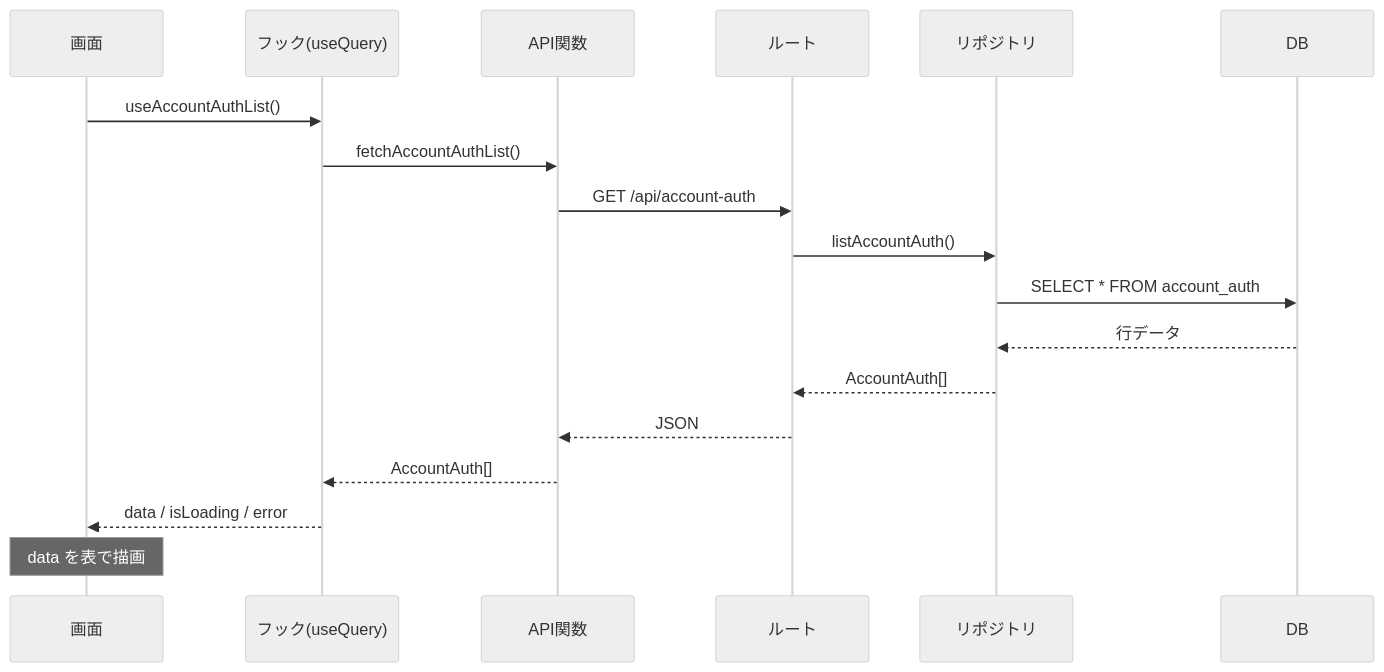
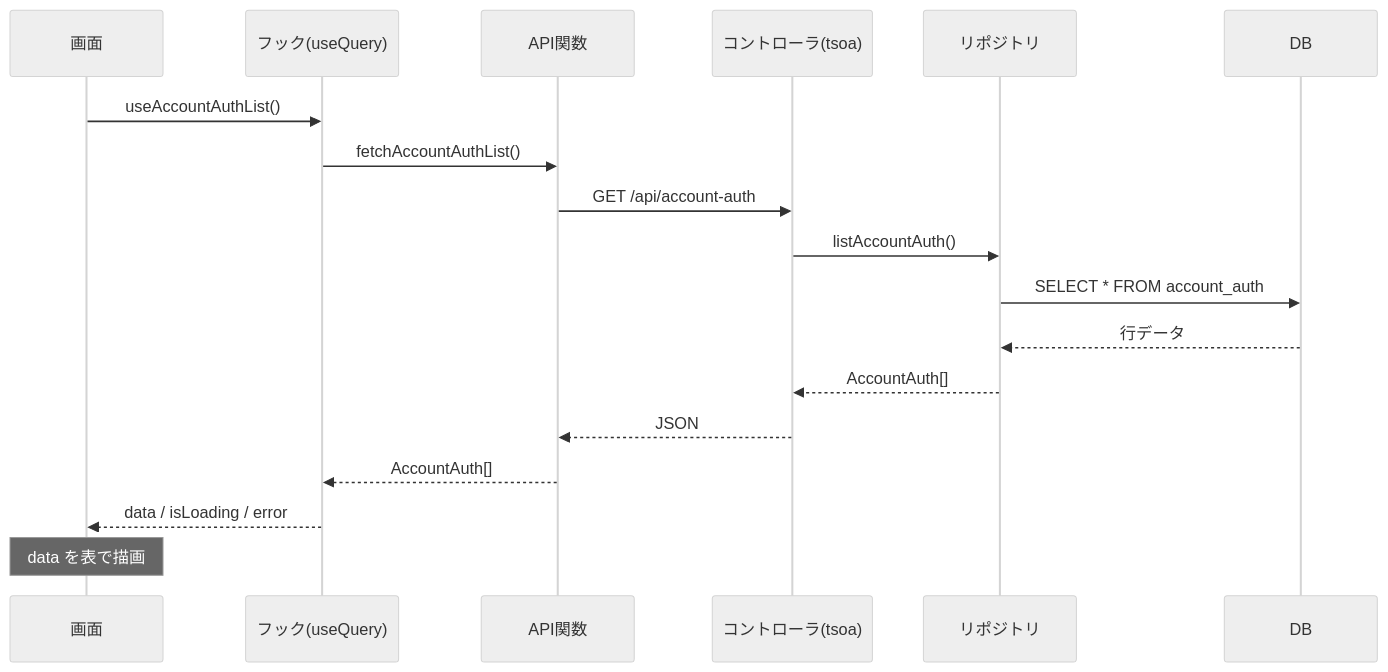
One commit to katsya1117/dmt changed the second of 2 diagrams in docs/画面実装パターン.md. Above: the diagram before and after it, drawn with Mermaid (neutral theme). The commit also changed other lines of this file and 2 other files, not shown here.

````diff
--- a/docs/画面実装パターン.md
+++ b/docs/画面実装パターン.md
@@ -55,21 +61,21 @@
 ```mermaid
 sequenceDiagram
   participant P as 画面
   participant H as フック(useQuery)
   participant A as API関数
-  participant R as ルート
+  participant C as コントローラ(tsoa)
   participant Repo as リポジトリ
   participant D as DB
 
   P->>H: useAccountAuthList()
   H->>A: fetchAccountAuthList()
-  A->>R: GET /api/account-auth
-  R->>Repo: listAccountAuth()
+  A->>C: GET /api/account-auth
+  C->>Repo: listAccountAuth()
   Repo->>D: SELECT * FROM account_auth
   D-->>Repo: 行データ
-  Repo-->>R: AccountAuth[]
-  R-->>A: JSON
+  Repo-->>C: AccountAuth[]
+  C-->>A: JSON
   A-->>H: AccountAuth[]
   H-->>P: data / isLoading / error
   Note over P: data を表で描画
 ```
````
